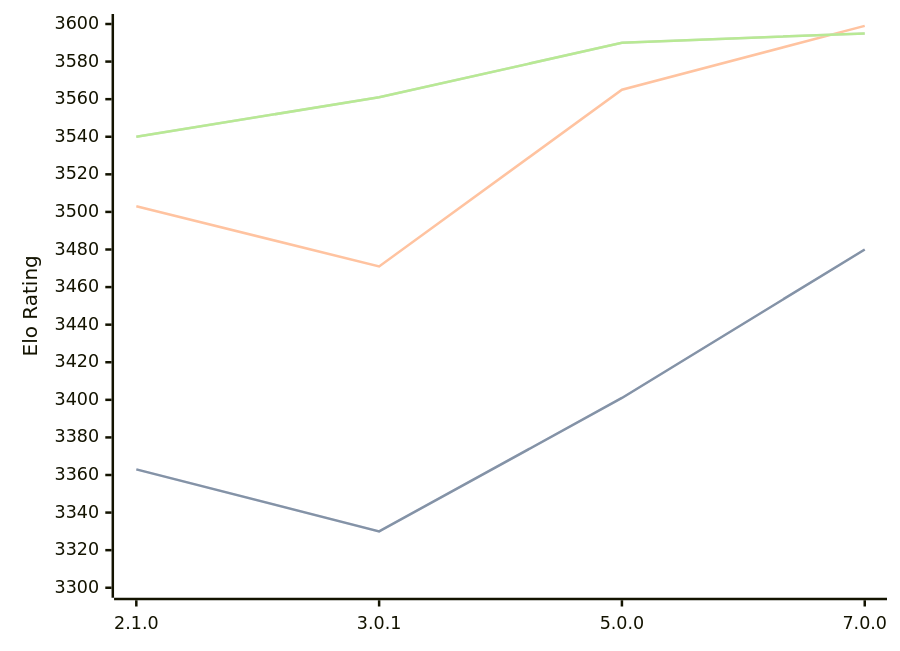
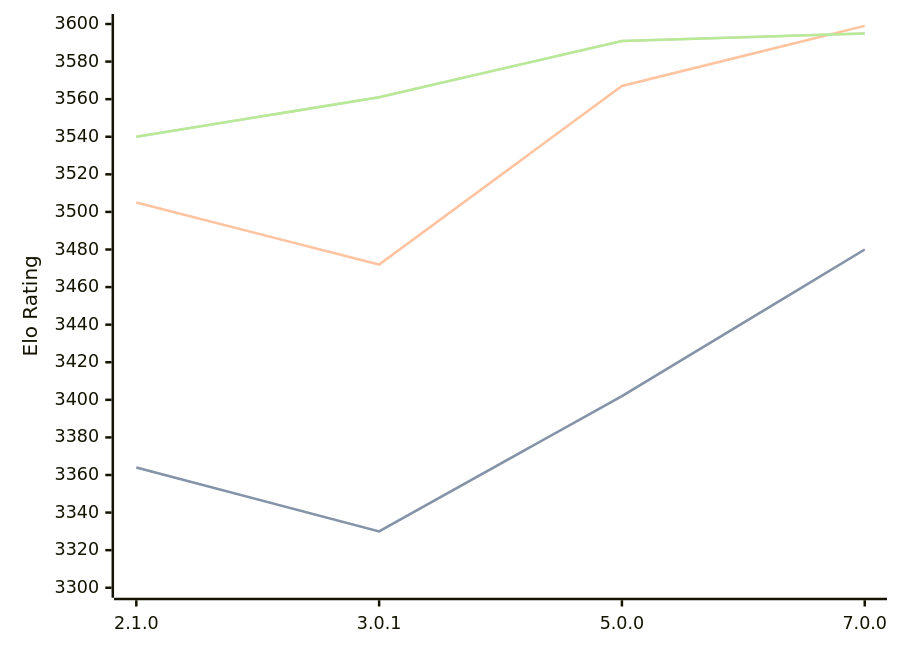
One commit to computer-chess-index/cci changed the diagram in engines/PlentyChess.md. Above: the diagram before and after it, drawn with Mermaid. The commit also changed other lines of this file, not shown here.

Commit message:
Update CCI Ratings (ELO VLTC) - 2026-04-25

````diff
--- a/engines/PlentyChess.md
+++ b/engines/PlentyChess.md
@@ -45,11 +45,11 @@
 ```mermaid
 %%{init: {"theme":"base","themeVariables":{"seriesColors:['#a3a3a3','#222221','#faa371']}}}%%
 xychart-beta
   x-axis ["2.1.0", "3.0.1", "5.0.0", "7.0.0"]
   y-axis "Elo Rating" 3300 --> 3600
-  line "STC (8.0+0.08s)" [3363, 3330, 3401, 3480]
-  line "STC (8.0+0.08s)" [3363, 3330, 3401, 3480]
-  line "LTC (60.0+0.60s)" [3503, 3471, 3565, 3599]
-  line "VLTC (2m24s+1.12s)" [3540, 3561, 3590, 3595]
-  line "VLTC (2m24s+1.12s)" [3540, 3561, 3590, 3595]
+  line "STC (8.0+0.08s)" [3364, 3330, 3402, 3480]
+  line "STC (8.0+0.08s)" [3364, 3330, 3402, 3480]
+  line "LTC (60.0+0.60s)" [3505, 3472, 3567, 3599]
+  line "VLTC (2m24s+1.12s)" [3540, 3561, 3591, 3595]
+  line "VLTC (2m24s+1.12s)" [3540, 3561, 3591, 3595]
 ```
````
